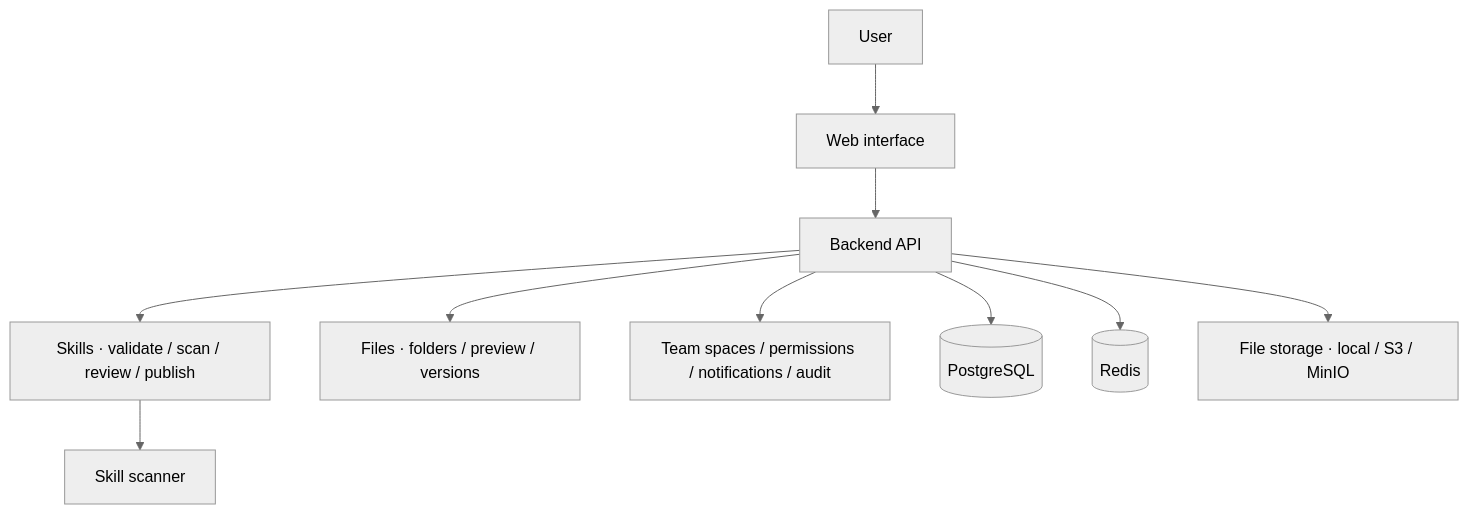
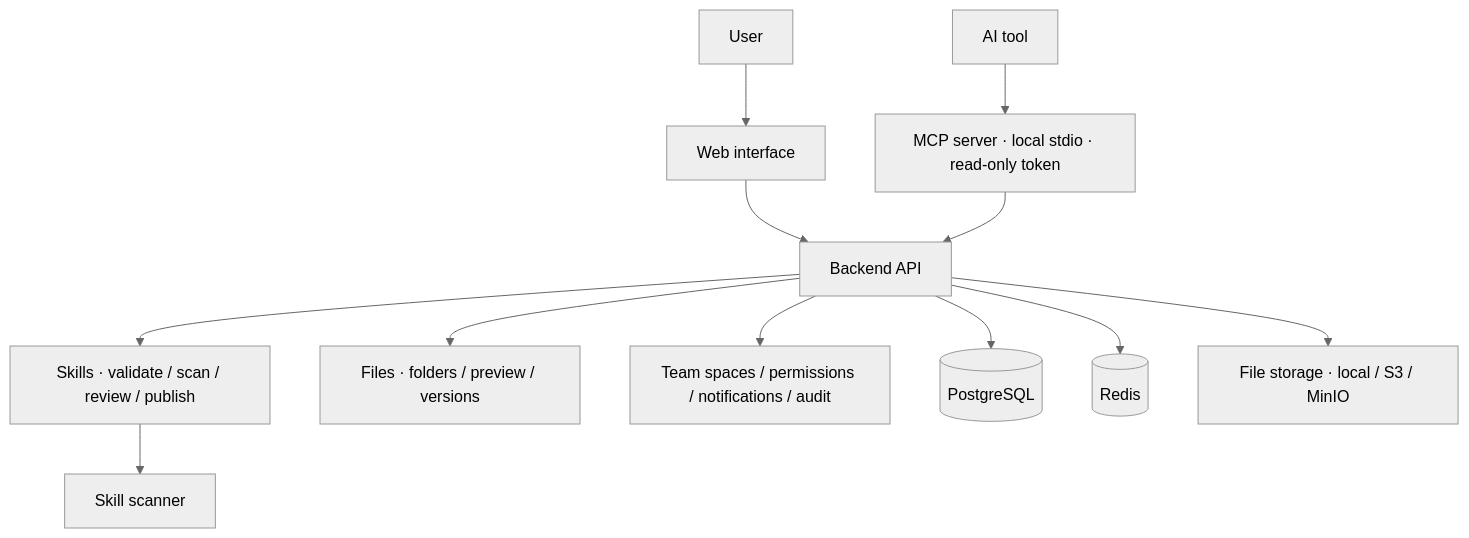
The second of 2 diagrams in README.en.md (kun001/skillhive), drawn with Mermaid (neutral theme) before and after one commit. The commit also changed other lines of this file and 1 other file, not shown here.

First line of the commit message:
docs: feature MCP access in the README

````diff
--- a/README.en.md
+++ b/README.en.md
@@ -211,12 +250,13 @@
 ```mermaid
 flowchart TB
     User[User] --> Web[Web interface]
     Web --> API[Backend API]
+    AI[AI tool] --> MCP[MCP server · local stdio · read-only token] --> API
     API --> Skill[Skills · validate / scan / review / publish]
     API --> Knowledge[Files · folders / preview / versions]
     API --> Governance[Team spaces / permissions / notifications / audit]
     Skill --> Scanner[Skill scanner]
     API --> DB[(PostgreSQL)]
     API --> Redis[(Redis)]
     API --> Storage[File storage · local / S3 / MinIO]
 ```
````
